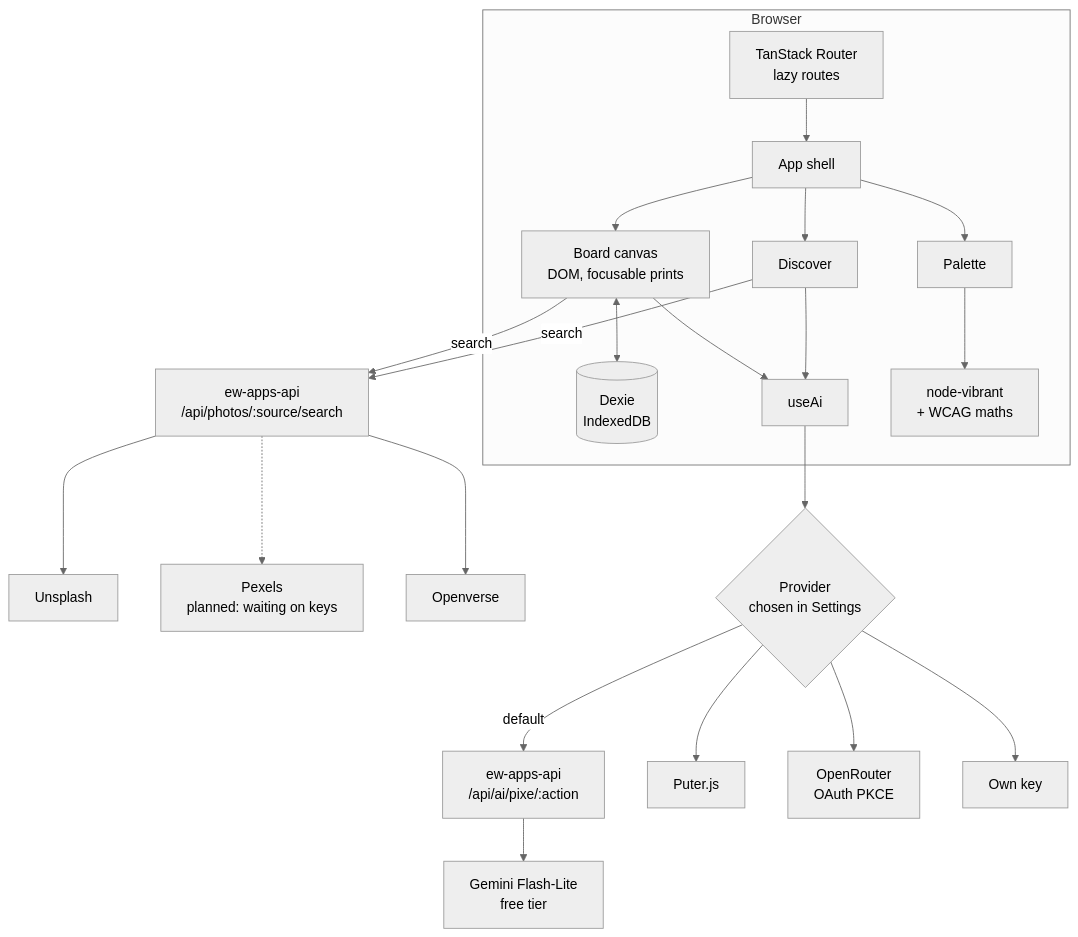
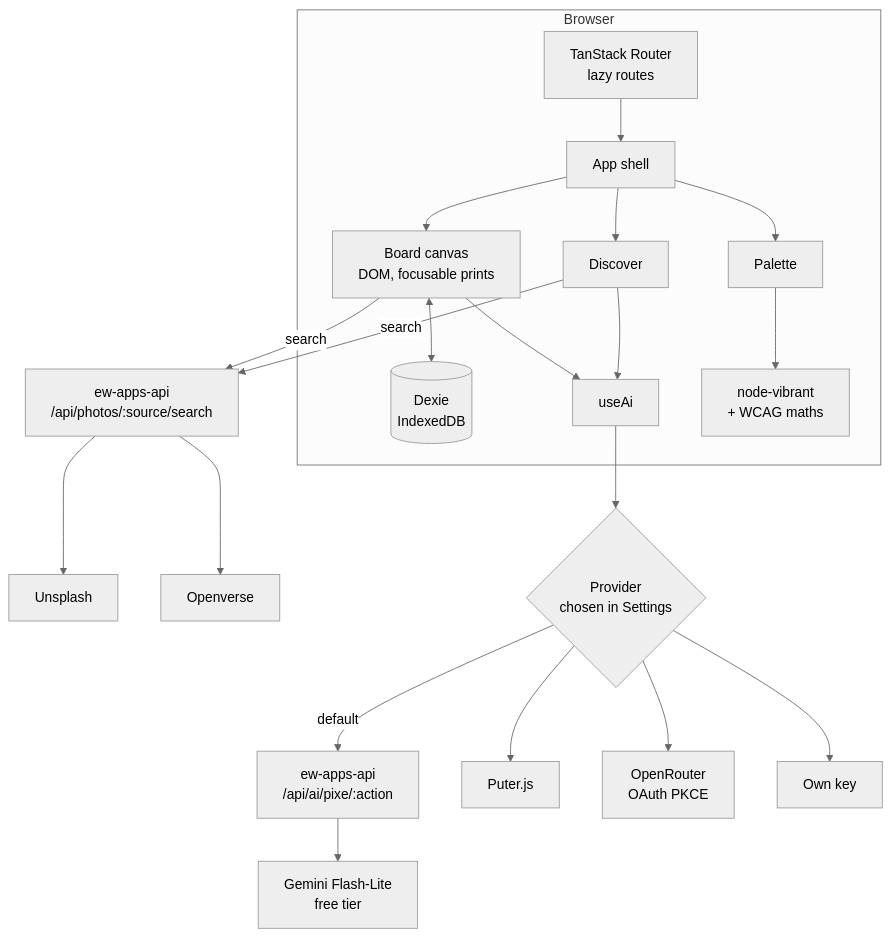
One commit to emwil23/pixe changed the second of 4 diagrams in README.md. Above: the diagram before and after it, drawn with Mermaid (neutral theme). The commit also changed other lines of this file and 19 other files, not shown here.

````diff
--- a/README.md
+++ b/README.md
@@ -74,23 +73,22 @@
 ```mermaid
 flowchart TB
     subgraph Browser
       R[TanStack Router<br/>lazy routes] --> SH[App shell]
       SH --> BD[Board canvas<br/>DOM, focusable prints]
       SH --> DI[Discover]
       SH --> PA[Palette]
       BD <--> D[(Dexie<br/>IndexedDB)]
       BD --> AI[useAi]
       DI --> AI
       PA --> NV[node-vibrant<br/>+ WCAG maths]
     end
     BD & DI -->|search| PH[ew-apps-api<br/>/api/photos/:source/search]
     PH --> U[Unsplash]
-    PH -.-> PX[Pexels<br/>planned: waiting on keys]
     PH --> OV[Openverse]
     AI --> P{Provider<br/>chosen in Settings}
     P -->|default| EW[ew-apps-api<br/>/api/ai/pixe/:action]
     P --> PU[Puter.js]
     P --> OR[OpenRouter<br/>OAuth PKCE]
     P --> OWN[Own key]
     EW --> G[Gemini Flash-Lite<br/>free tier]
 ```
````
